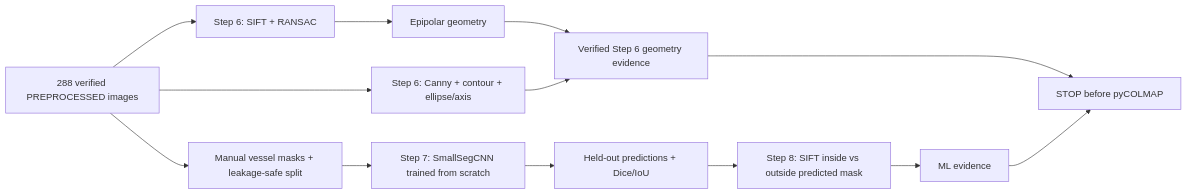
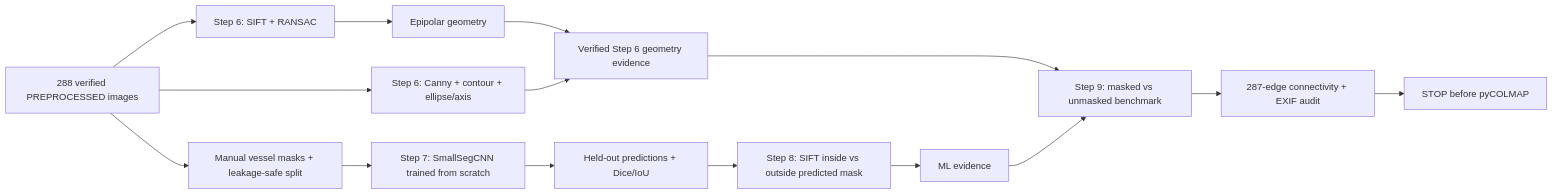
The diagram in README.md (PracticalSwan/thai-libation-brass-vessel-3d-reconstruction), drawn with Mermaid before and after one commit. The commit also changed other lines of this file and 607 other files, not shown here.

````diff
--- a/README.md
+++ b/README.md
@@ -87,15 +107,17 @@
 ```mermaid
 flowchart LR
     A[288 verified PREPROCESSED images] --> B[Step 6: SIFT + RANSAC]
     B --> C[Epipolar geometry]
     A --> D[Step 6: Canny + contour + ellipse/axis]
     A --> E[Manual vessel masks + leakage-safe split]
     E --> F[Step 7: SmallSegCNN trained from scratch]
     F --> G[Held-out predictions + Dice/IoU]
     G --> H[Step 8: SIFT inside vs outside predicted mask]
     C --> I[Verified Step 6 geometry evidence]
     D --> I
     H --> J[ML evidence]
-    I --> K[STOP before pyCOLMAP]
+    I --> K[Step 9: masked vs unmasked benchmark]
     J --> K
+    K --> L[287-edge connectivity + EXIF audit]
+    L --> M[STOP before pyCOLMAP]
 ```
````
